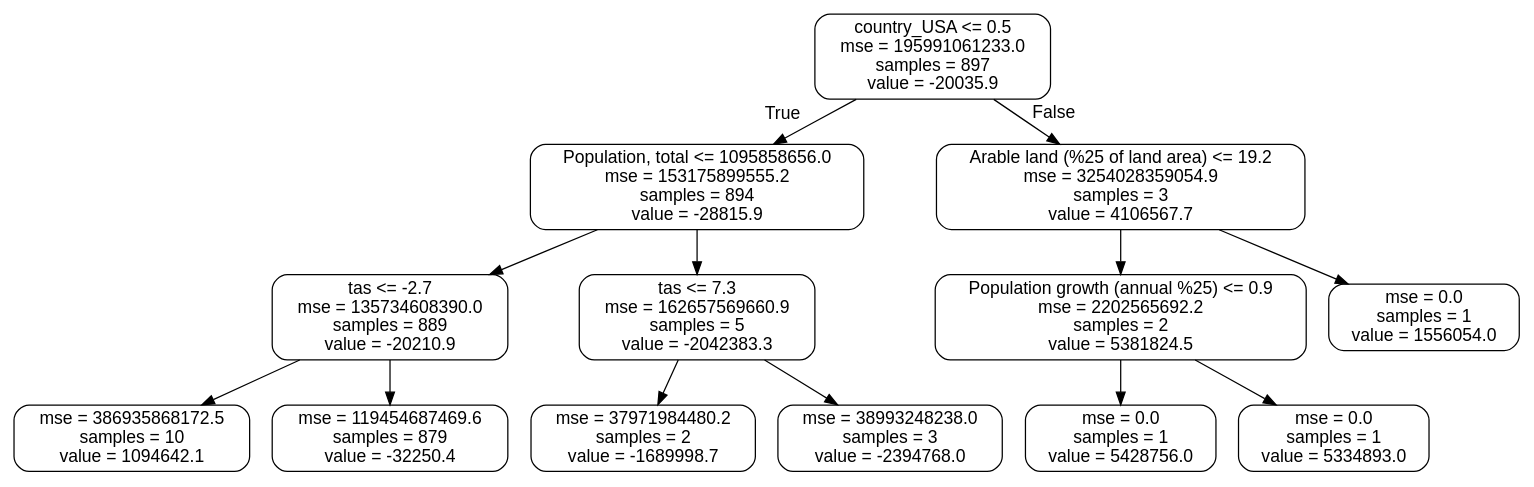
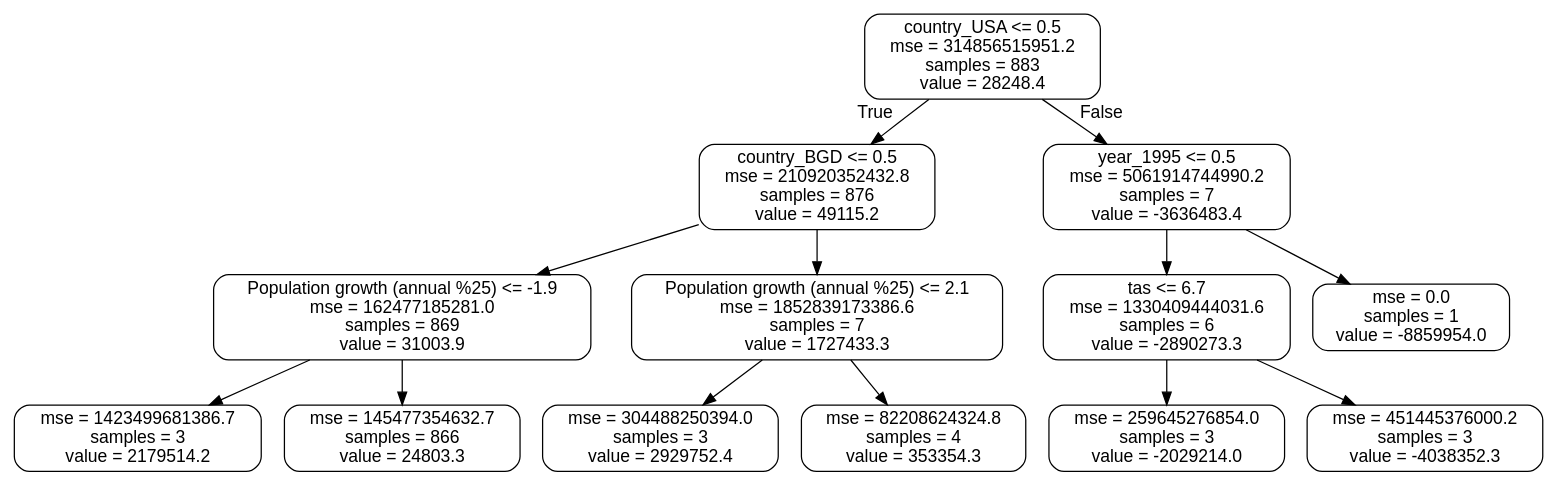
Before and after one commit to Multinational-Minds/BDA: the diagram in small_tree.dot, drawn with Graphviz. The commit also changed 5 other files, not shown here.

```diff
--- a/small_tree.dot
+++ b/small_tree.dot
@@ -1,29 +1,29 @@
 digraph Tree {
 node [shape=box, style="rounded", color="black", fontname=helvetica] ;
 edge [fontname=helvetica] ;
-0 [label="country_USA <= 0.5\nmse = 195991061233.0\nsamples = 897\nvalue = -20035.9"] ;
-1 [label="Population, total <= 1095858656.0\nmse = 153175899555.2\nsamples = 894\nvalue = -28815.9"] ;
+0 [label="country_USA <= 0.5\nmse = 314856515951.2\nsamples = 883\nvalue = 28248.4"] ;
+1 [label="country_BGD <= 0.5\nmse = 210920352432.8\nsamples = 876\nvalue = 49115.2"] ;
 0 -> 1 [labeldistance=2.5, labelangle=45, headlabel="True"] ;
-2 [label="tas <= -2.7\nmse = 135734608390.0\nsamples = 889\nvalue = -20210.9"] ;
+2 [label="Population growth (annual %25) <= -1.9\nmse = 162477185281.0\nsamples = 869\nvalue = 31003.9"] ;
 1 -> 2 ;
-3 [label="mse = 386935868172.5\nsamples = 10\nvalue = 1094642.1"] ;
+3 [label="mse = 1423499681386.7\nsamples = 3\nvalue = 2179514.2"] ;
 2 -> 3 ;
-4 [label="mse = 119454687469.6\nsamples = 879\nvalue = -32250.4"] ;
+4 [label="mse = 145477354632.7\nsamples = 866\nvalue = 24803.3"] ;
 2 -> 4 ;
-5 [label="tas <= 7.3\nmse = 162657569660.9\nsamples = 5\nvalue = -2042383.3"] ;
+5 [label="Population growth (annual %25) <= 2.1\nmse = 1852839173386.6\nsamples = 7\nvalue = 1727433.3"] ;
 1 -> 5 ;
-6 [label="mse = 37971984480.2\nsamples = 2\nvalue = -1689998.7"] ;
+6 [label="mse = 304488250394.0\nsamples = 3\nvalue = 2929752.4"] ;
 5 -> 6 ;
-7 [label="mse = 38993248238.0\nsamples = 3\nvalue = -2394768.0"] ;
+7 [label="mse = 82208624324.8\nsamples = 4\nvalue = 353354.3"] ;
 5 -> 7 ;
-8 [label="Arable land (%25 of land area) <= 19.2\nmse = 3254028359054.9\nsamples = 3\nvalue = 4106567.7"] ;
+8 [label="year_1995 <= 0.5\nmse = 5061914744990.2\nsamples = 7\nvalue = -3636483.4"] ;
 0 -> 8 [labeldistance=2.5, labelangle=-45, headlabel="False"] ;
-9 [label="Population growth (annual %25) <= 0.9\nmse = 2202565692.2\nsamples = 2\nvalue = 5381824.5"] ;
+9 [label="tas <= 6.7\nmse = 1330409444031.6\nsamples = 6\nvalue = -2890273.3"] ;
 8 -> 9 ;
-10 [label="mse = 0.0\nsamples = 1\nvalue = 5428756.0"] ;
+10 [label="mse = 259645276854.0\nsamples = 3\nvalue = -2029214.0"] ;
 9 -> 10 ;
-11 [label="mse = 0.0\nsamples = 1\nvalue = 5334893.0"] ;
+11 [label="mse = 451445376000.2\nsamples = 3\nvalue = -4038352.3"] ;
 9 -> 11 ;
-12 [label="mse = 0.0\nsamples = 1\nvalue = 1556054.0"] ;
+12 [label="mse = 0.0\nsamples = 1\nvalue = -8859954.0"] ;
 8 -> 12 ;
 }
```
